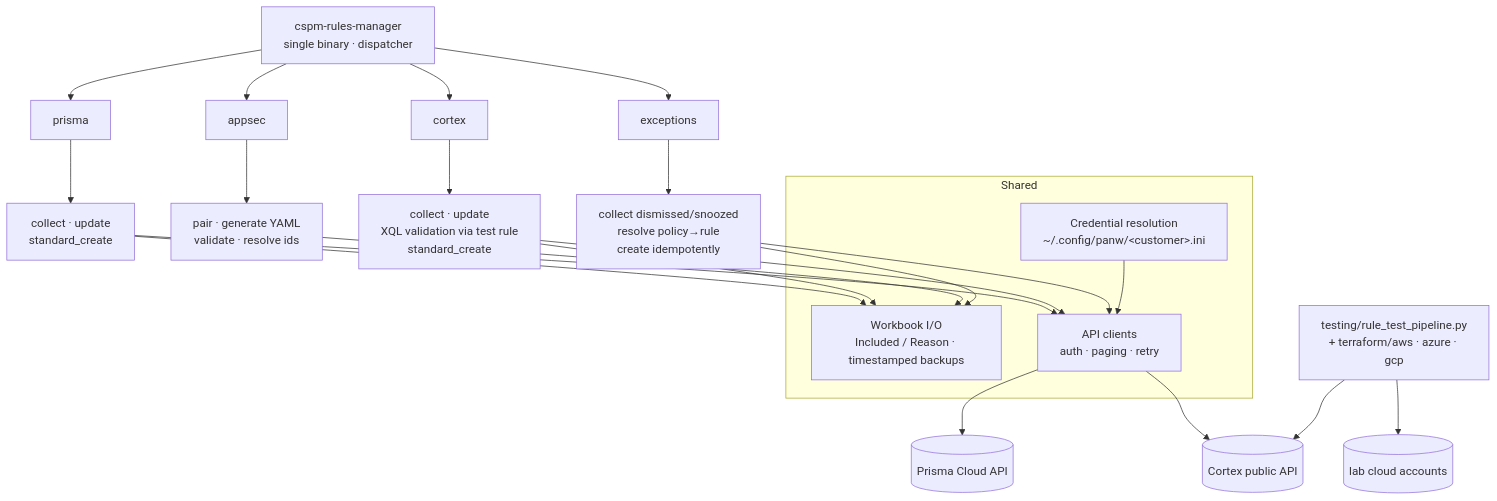
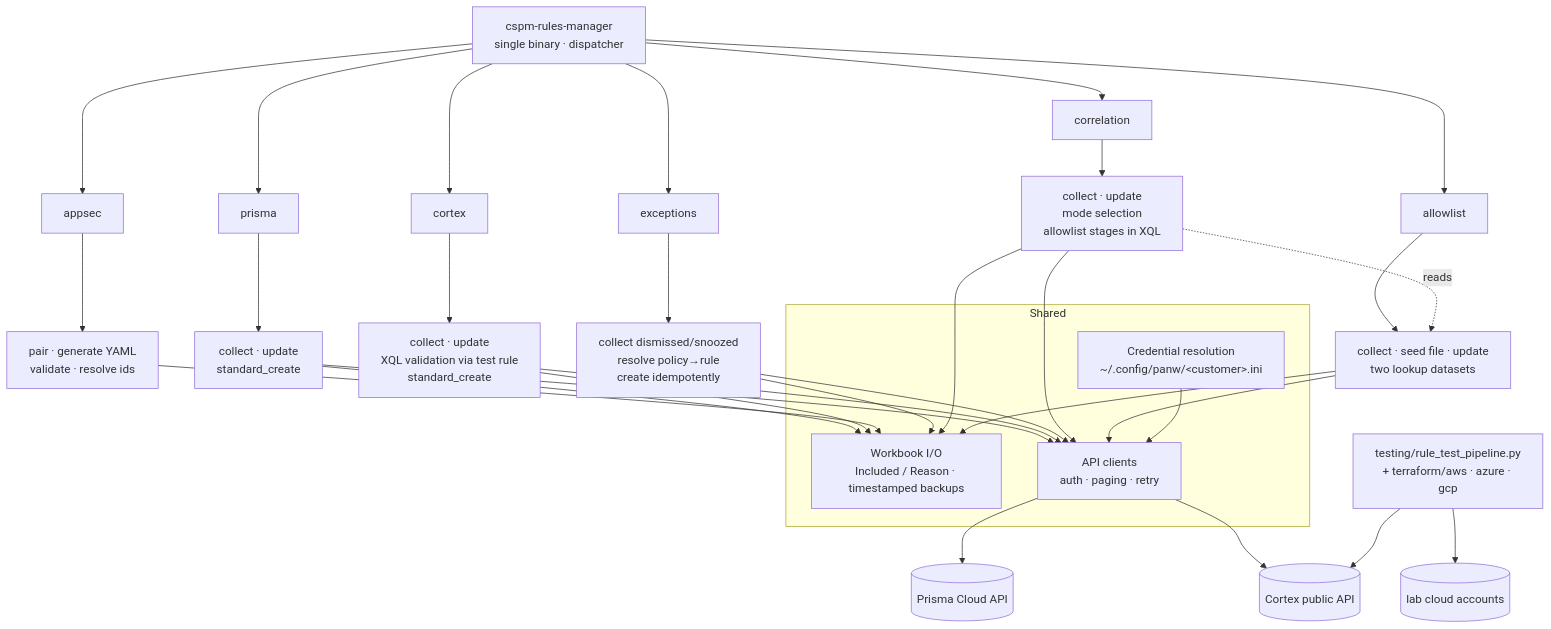
Before and after one commit to neocortex-security/cortex-security-automation: the diagram in cspm-rules-manager-preview/docs/ARCHITECTURE.md, drawn with Mermaid. The commit also changed other lines of this file and 11 other files, not shown here.

Commit message:
cspm-rules-manager 1.2.1: correlation, allowlist and seed file; footer fixes

````diff
--- a/cspm-rules-manager-preview/docs/ARCHITECTURE.md
+++ b/cspm-rules-manager-preview/docs/ARCHITECTURE.md
@@ -3,28 +3,34 @@
 ```mermaid
 flowchart TB
     CLI[cspm-rules-manager<br/>single binary · dispatcher]
     CLI --> P[prisma]
     CLI --> C[cortex]
     CLI --> A[appsec]
     CLI --> E[exceptions]
+    CLI --> CO[correlation]
+    CLI --> AL[allowlist]
 
     subgraph Shared
         CFG[Credential resolution<br/>~/.config/panw/&lt;customer&gt;.ini]
         WB[Workbook I/O<br/>Included / Reason · timestamped backups]
         HTTP[API clients<br/>auth · paging · retry]
     end
 
     P --> PC[collect · update<br/>standard_create]
     C --> CC[collect · update<br/>XQL validation via test rule<br/>standard_create]
     A --> AM[pair · generate YAML<br/>validate · resolve ids]
     E --> EX[collect dismissed/snoozed<br/>resolve policy→rule<br/>create idempotently]
 
-    PC & CC & AM & EX --> WB
-    PC & CC & EX --> HTTP
+    CO --> COR[collect · update<br/>mode selection<br/>allowlist stages in XQL]
+    AL --> ALM[collect · seed file · update<br/>two lookup datasets]
+    COR -. reads .-> ALM
+
+    PC & CC & AM & EX & COR & ALM --> WB
+    PC & CC & EX & COR & ALM --> HTTP
     CFG --> HTTP
     HTTP --> PAPI[(Prisma Cloud API)]
     HTTP --> XAPI[(Cortex public API)]
 
     T[testing/rule_test_pipeline.py<br/>+ terraform/aws · azure · gcp] --> XAPI
     T --> LAB[(lab cloud accounts)]
 ```
````
